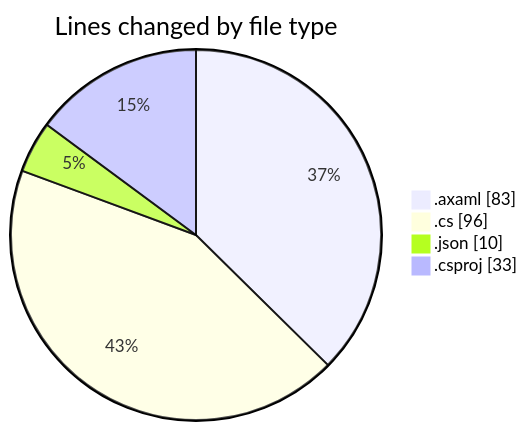
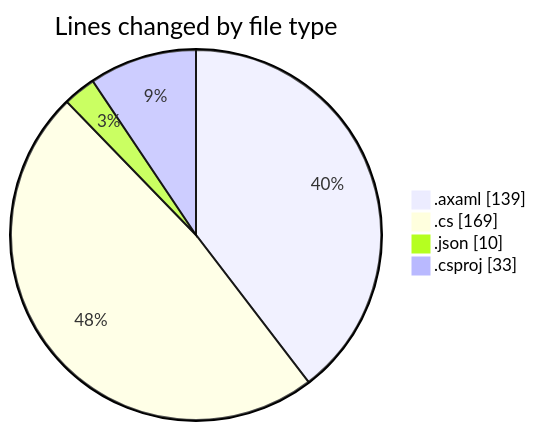
The first of 2 diagrams in 2025-10-21/skintrack/README.md (Netris89/code-tracking), drawn with Mermaid before and after one commit. The commit also changed other lines of this file and 1 other file, not shown here.

````diff
--- a/2025-10-21/skintrack/README.md
+++ b/2025-10-21/skintrack/README.md
@@ -28,8 +28,8 @@
 ```mermaid
 pie showData
 title Lines changed by file type
-".axaml" : 83
-".cs" : 96
+".axaml" : 139
+".cs" : 169
 ".json" : 10
 ".csproj" : 33
 ```
````
